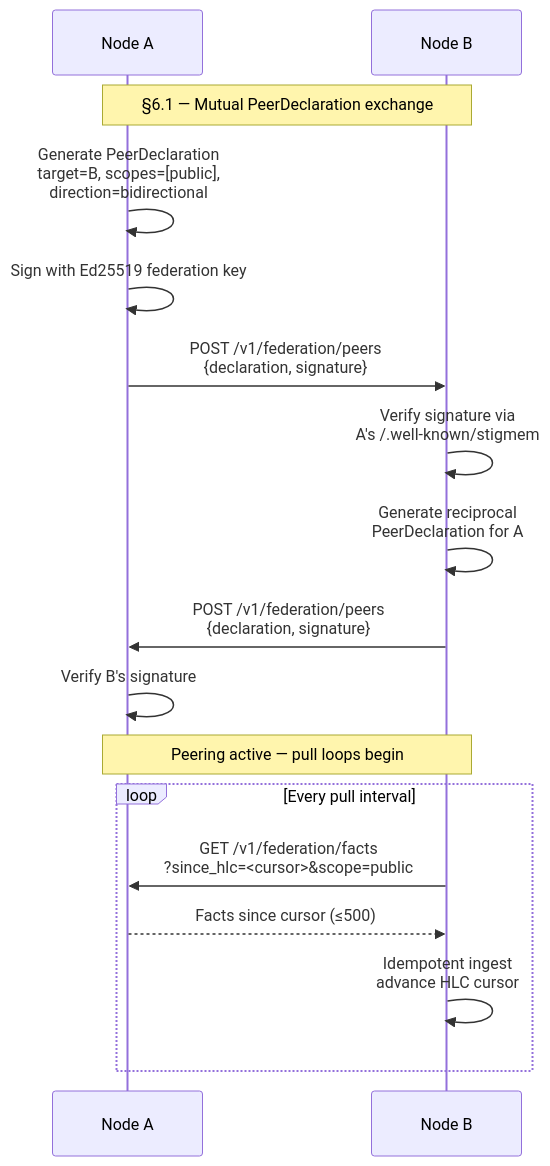
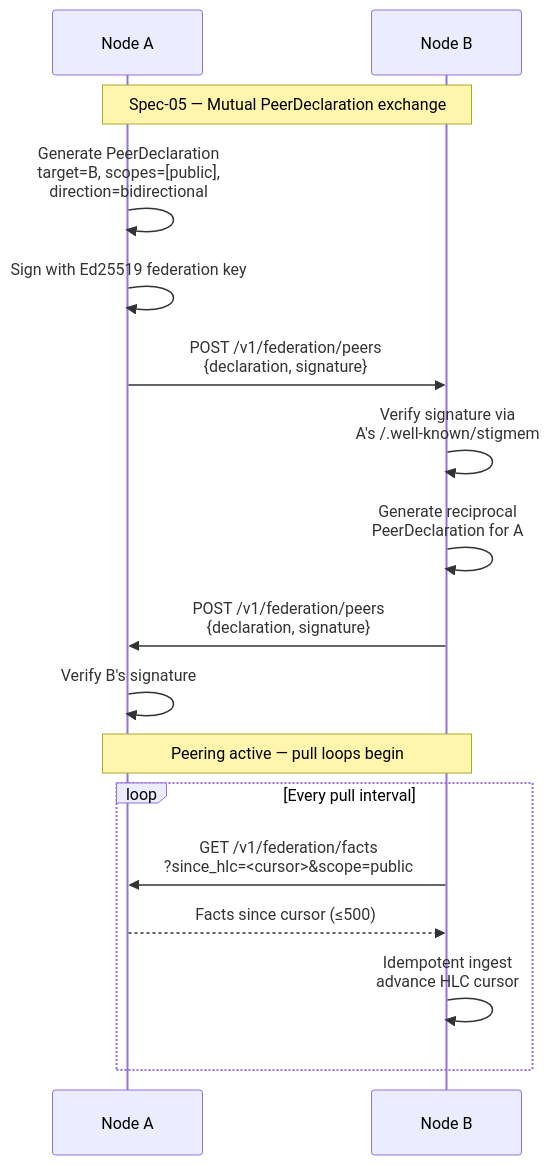
One commit to eidetic-labs/stigmem changed the second of 3 diagrams in docs/docs/reference/architecture/federated-network.md. Above: the diagram before and after it, drawn with Mermaid. The commit also changed other lines of this file and 19 other files, not shown here.

````diff
--- a/docs/docs/reference/architecture/federated-network.md
+++ b/docs/docs/reference/architecture/federated-network.md
@@ -40,23 +40,23 @@
 ```mermaid
 sequenceDiagram
     participant A as Node A
     participant B as Node B
 
-    Note over A,B: §6.1 — Mutual PeerDeclaration exchange
+    Note over A,B: Spec-05 — Mutual PeerDeclaration exchange
 
     A->>A: Generate PeerDeclaration<br/>target=B, scopes=[public],<br/>direction=bidirectional
     A->>A: Sign with Ed25519 federation key
     A->>B: POST /v1/federation/peers<br/>{declaration, signature}
     B->>B: Verify signature via<br/>A's /.well-known/stigmem
     B->>B: Generate reciprocal<br/>PeerDeclaration for A
     B->>A: POST /v1/federation/peers<br/>{declaration, signature}
     A->>A: Verify B's signature
 
     Note over A,B: Peering active — pull loops begin
 
     loop Every pull interval
         B->>A: GET /v1/federation/facts<br/>?since_hlc=<cursor>&scope=public
         A-->>B: Facts since cursor (≤500)
         B->>B: Idempotent ingest<br/>advance HLC cursor
     end
 ```
````
